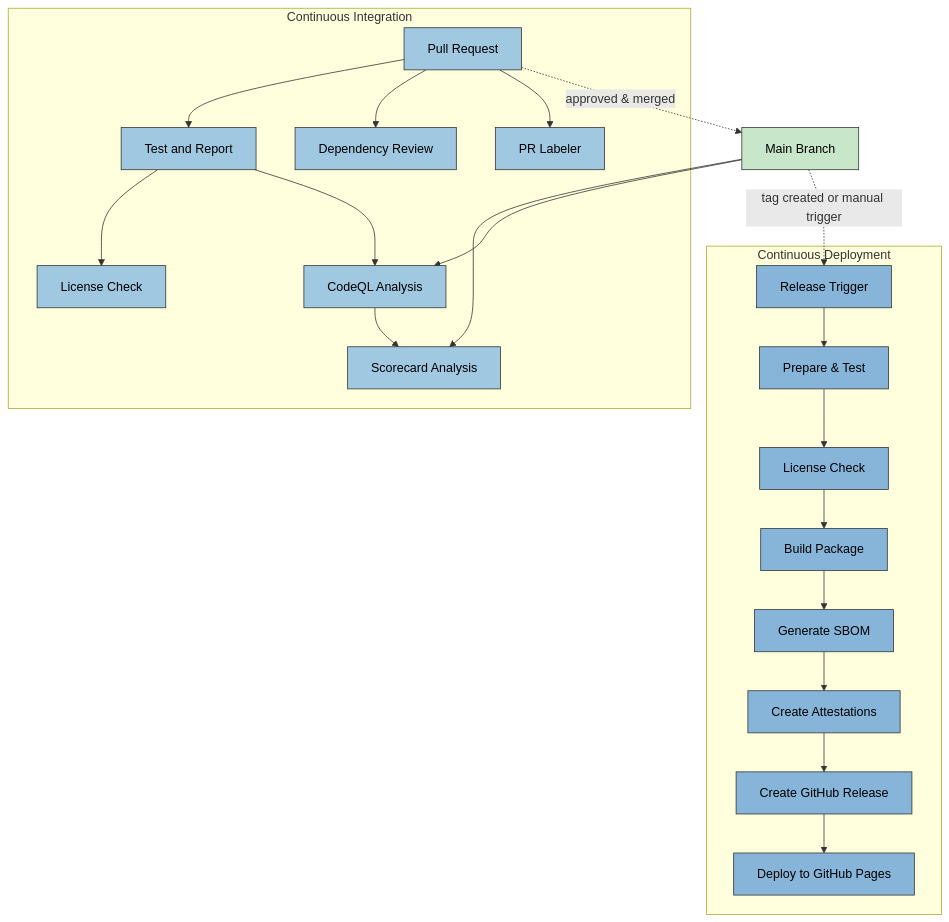
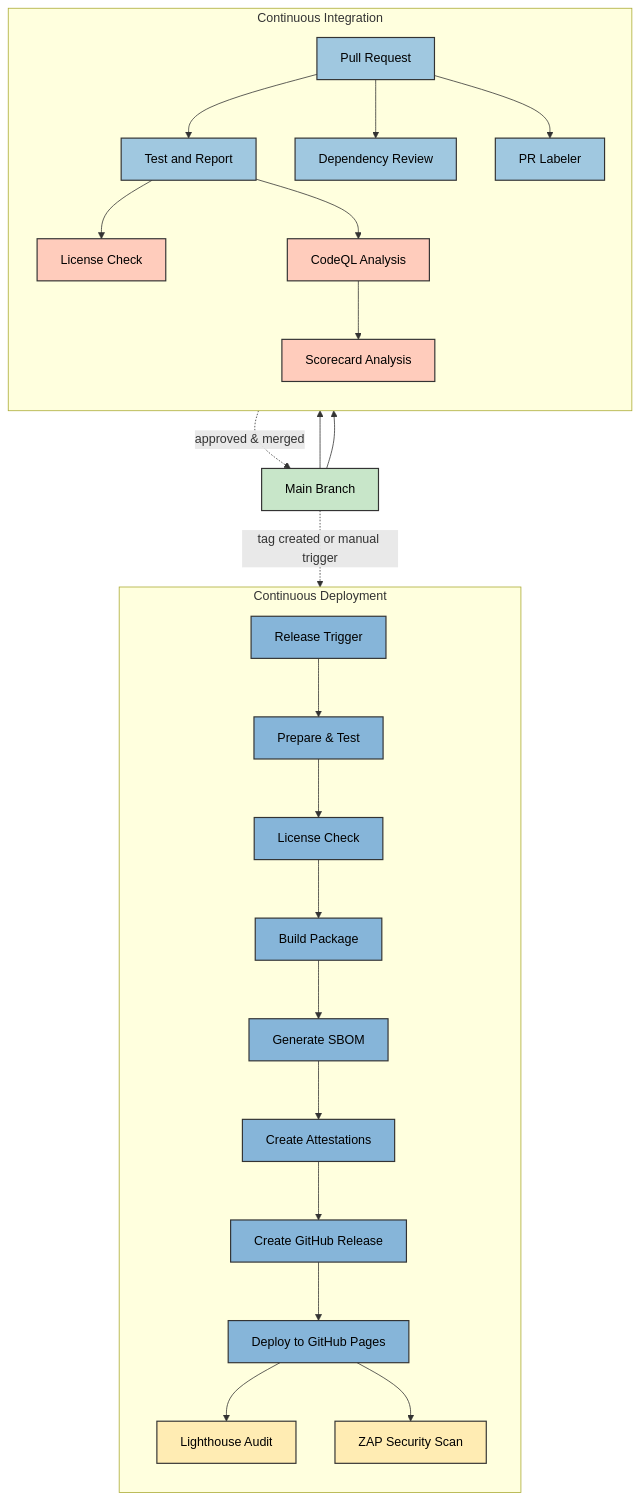
One commit to Hack23/cia-compliance-manager changed the first of 6 diagrams in docs/architecture/WORKFLOWS.md. Above: the diagram before and after it, drawn with Mermaid. The commit also changed other lines of this file, not shown here.

````diff
--- a/docs/architecture/WORKFLOWS.md
+++ b/docs/architecture/WORKFLOWS.md
@@ -40,37 +42,44 @@
 ```mermaid
 flowchart TB
     subgraph "Continuous Integration"
+        direction TB
         PR[Pull Request] --> TestReport[Test and Report]
         PR --> DependencyReview[Dependency Review]
         PR --> Labeler[PR Labeler]
         TestReport --> LicenseCheck[License Check]
         TestReport --> CodeQL[CodeQL Analysis]
         CodeQL --> Scorecard[Scorecard Analysis]
     end
 
     subgraph "Continuous Deployment"
+        direction TB
         Release[Release Trigger] --> BuildTest[Prepare & Test]
         BuildTest --> LicenseCheck2[License Check]
         LicenseCheck2 --> Build[Build Package]
         Build --> GenerateSBOM[Generate SBOM]
         GenerateSBOM --> Attestations[Create Attestations]
         Attestations --> CreateRelease[Create GitHub Release]
         CreateRelease --> DeployGHPages[Deploy to GitHub Pages]
+        DeployGHPages --> Lighthouse[Lighthouse Audit]
+        DeployGHPages --> ZAPScan[ZAP Security Scan]
     end
 
     PR -.-> |"approved & merged"| main[Main Branch]
     main --> Scorecard
     main --> CodeQL
     main -.-> |"tag created or manual trigger"| Release
 
-    %% Cool color styling
-    classDef integration fill:#a0c8e0,stroke:#333,stroke-width:1px,color:black
-    classDef deployment fill:#86b5d9,stroke:#333,stroke-width:1px,color:black
-    classDef process fill:#c8e6c9,stroke:#333,stroke-width:1px,color:black
-    classDef trigger fill:#bbdefb,stroke:#333,stroke-width:1px,color:black
-    classDef security fill:#ffccbc,stroke:#333,stroke-width:1px,color:black
+    %% Enhanced color styling
+    classDef integration fill:#a0c8e0,stroke:#333,stroke-width:1.5px,color:black
+    classDef deployment fill:#86b5d9,stroke:#333,stroke-width:1.5px,color:black
+    classDef process fill:#c8e6c9,stroke:#333,stroke-width:1.5px,color:black
+    classDef trigger fill:#bbdefb,stroke:#333,stroke-width:1.5px,color:black
+    classDef security fill:#ffccbc,stroke:#333,stroke-width:1.5px,color:black
+    classDef audit fill:#ffecb3,stroke:#333,stroke-width:1.5px,color:black
 
-    class PR,TestReport,DependencyReview,Labeler,CodeQL,Scorecard,LicenseCheck integration
+    class PR,TestReport,DependencyReview,Labeler integration
+    class CodeQL,Scorecard,LicenseCheck security
     class Release,BuildTest,Build,CreateRelease,DeployGHPages,LicenseCheck2,GenerateSBOM,Attestations deployment
+    class Lighthouse,ZAPScan audit
     class main process
 ```
````
